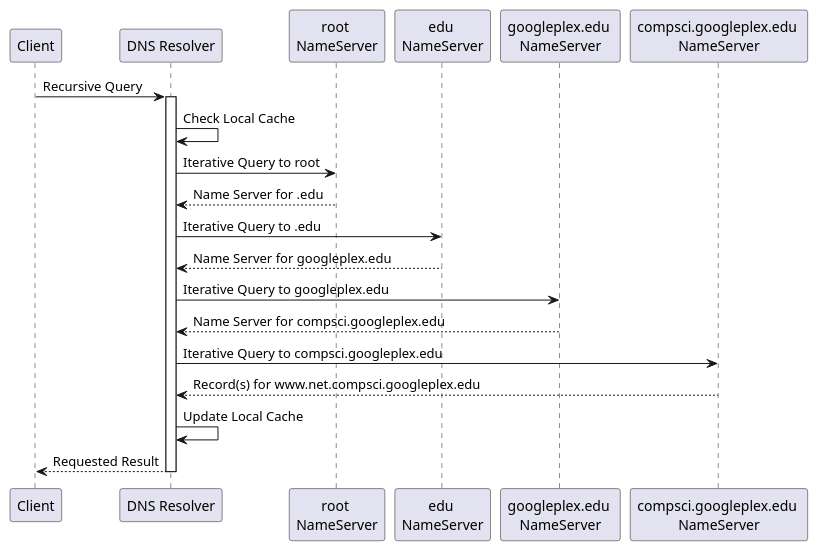
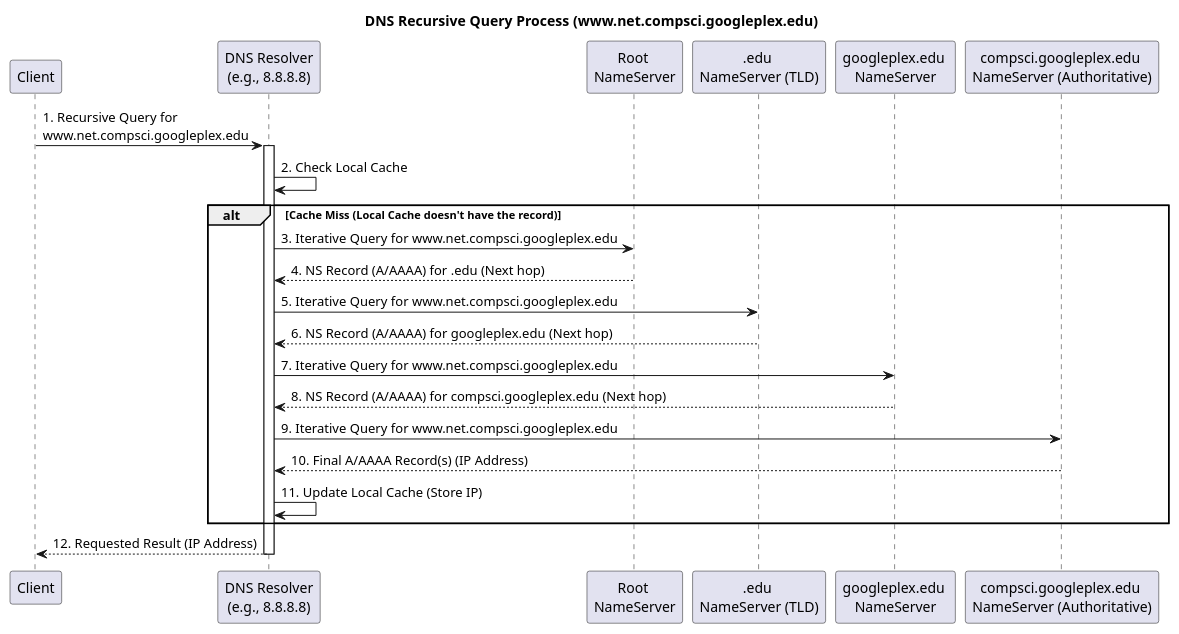
One commit to yidas/web-service-protocols changed the diagram in dns/resolution-process.plantuml. Above: the diagram before and after it, drawn with PlantUML.

```diff
--- a/dns/resolution-process.plantuml
+++ b/dns/resolution-process.plantuml
@@ -1,25 +1,34 @@
 @startuml
+title DNS Recursive Query Process (www.net.compsci.googleplex.edu)
+
 participant "Client" as c
-participant "DNS Resolver" as resolver
+participant "DNS Resolver\n(e.g., 8.8.8.8)" as resolver
 
-participant "root \nNameServer" as rns
-participant "edu \nNameServer" as tldns
+participant "Root \nNameServer" as rns
+participant ".edu \nNameServer (TLD)" as tldns
 participant "googleplex.edu \nNameServer" as dns
-participant "compsci.googleplex.edu \nNameServer" as sns
+participant "compsci.googleplex.edu \nNameServer (Authoritative)" as sns
 
-c->resolver: Recursive Query
+c->resolver: 1. Recursive Query for \nwww.net.compsci.googleplex.edu
 activate resolver
-resolver->resolver: Check Local Cache
-resolver->rns: Iterative Query to root
-rns-->resolver: Name Server for .edu
-resolver->tldns: Iterative Query to .edu
-tldns-->resolver: Name Server for googleplex.edu
-resolver->dns: Iterative Query to googleplex.edu
-dns-->resolver: Name Server for compsci.googleplex.edu
-resolver->sns: Iterative Query to compsci.googleplex.edu
-sns-->resolver: Record(s) for www.net.compsci.googleplex.edu
-resolver->resolver: Update Local Cache
-resolver-->c: Requested Result
+resolver->resolver: 2. Check Local Cache
+
+alt Cache Miss (Local Cache doesn't have the record)
+    resolver->rns: 3. Iterative Query for www.net.compsci.googleplex.edu
+    rns-->resolver: 4. NS Record (A/AAAA) for .edu (Next hop)
+    
+    resolver->tldns: 5. Iterative Query for www.net.compsci.googleplex.edu
+    tldns-->resolver: 6. NS Record (A/AAAA) for googleplex.edu (Next hop)
+    
+    resolver->dns: 7. Iterative Query for www.net.compsci.googleplex.edu
+    dns-->resolver: 8. NS Record (A/AAAA) for compsci.googleplex.edu (Next hop)
+    
+    resolver->sns: 9. Iterative Query for www.net.compsci.googleplex.edu
+    sns-->resolver: 10. Final A/AAAA Record(s) (IP Address)
+    
+    resolver->resolver: 11. Update Local Cache (Store IP)
+end
+
+resolver-->c: 12. Requested Result (IP Address)
 deactivate resolver
-
 @enduml
```
